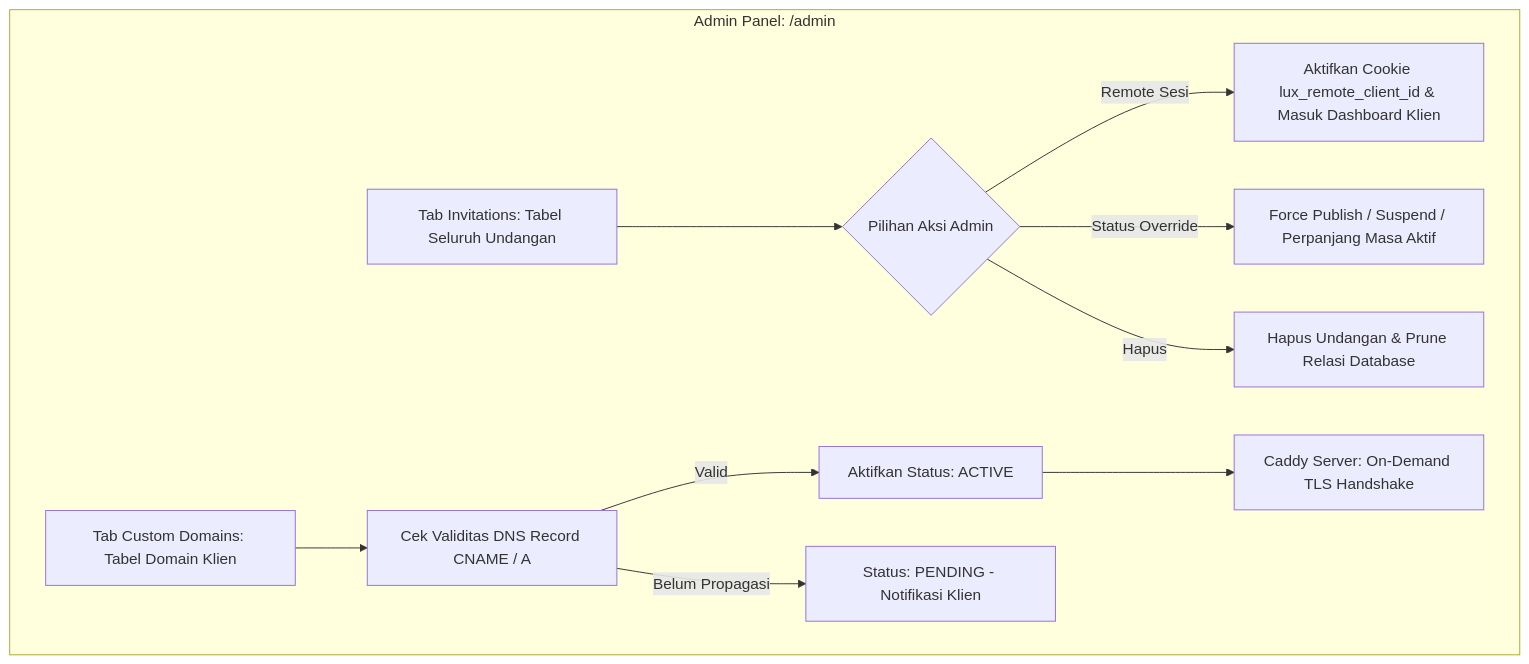
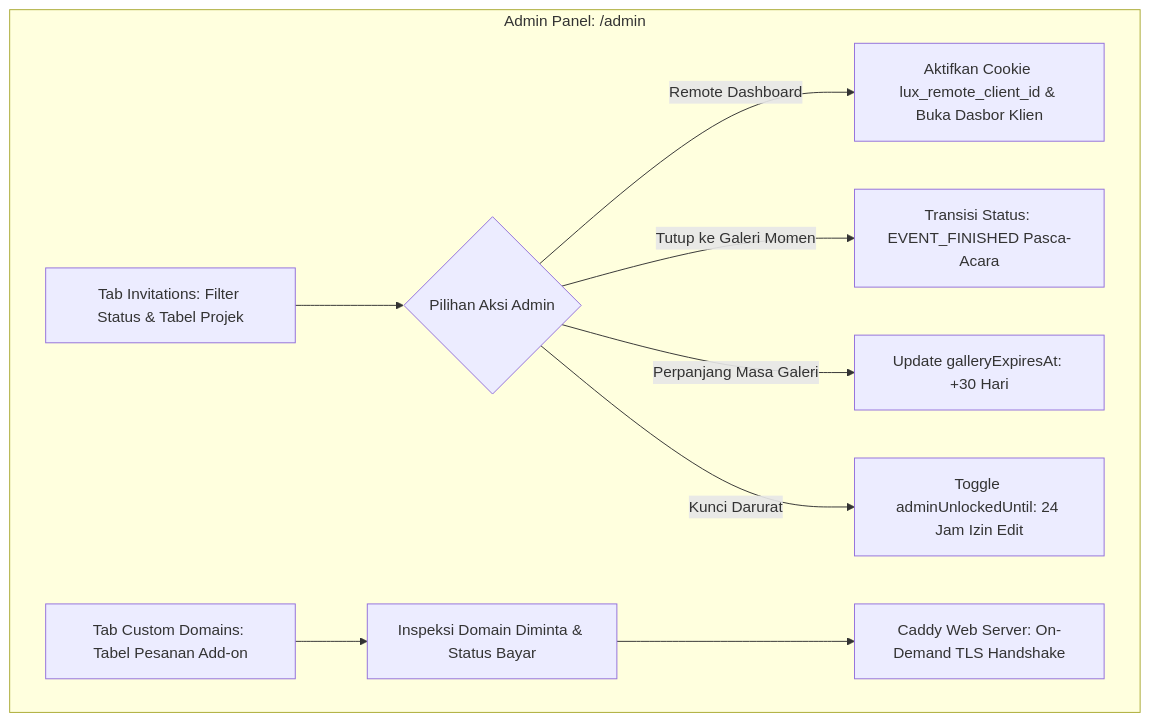
Before and after one commit to armansyam/luxenary-invite: the diagram in docs/admin/MANAJEMEN_UNDANGAN_DAN_DOMAIN.md, drawn with Mermaid. The commit also changed other lines of this file and 25 other files, not shown here.

Commit message:
feat(admin): modularize admin dashboard tabs, add server pagination, live diagnostics, and sync docs

````diff
--- a/docs/admin/MANAJEMEN_UNDANGAN_DAN_DOMAIN.md
+++ b/docs/admin/MANAJEMEN_UNDANGAN_DAN_DOMAIN.md
@@ -10,15 +10,13 @@
 ```mermaid
 flowchart TD
     subgraph AdminConsole [Admin Panel: /admin]
-        A[Tab Invitations: Tabel Seluruh Undangan] --> B{Pilihan Aksi Admin}
-        B -->|Remote Sesi| C[Aktifkan Cookie lux_remote_client_id & Masuk Dashboard Klien]
-        B -->|Status Override| D[Force Publish / Suspend / Perpanjang Masa Aktif]
-        B -->|Hapus| E[Hapus Undangan & Prune Relasi Database]
+        A[Tab Invitations: Filter Status & Tabel Projek] --> B{Pilihan Aksi Admin}
+        B -->|Remote Dashboard| C[Aktifkan Cookie lux_remote_client_id & Buka Dasbor Klien]
+        B -->|Tutup ke Galeri Momen| D[Transisi Status: EVENT_FINISHED Pasca-Acara]
+        B -->|Perpanjang Masa Galeri| E[Update galleryExpiresAt: +30 Hari]
+        B -->|Kunci Darurat| F[Toggle adminUnlockedUntil: 24 Jam Izin Edit]
         
-        F[Tab Custom Domains: Tabel Domain Klien] --> G[Cek Validitas DNS Record CNAME / A]
-        G -->|Valid| H[Aktifkan Status: ACTIVE]
-        G -->|Belum Propagasi| I[Status: PENDING - Notifikasi Klien]
-        
-        H --> J[Caddy Server: On-Demand TLS Handshake]
+        G[Tab Custom Domains: Tabel Pesanan Add-on] --> H[Inspeksi Domain Diminta & Status Bayar]
+        H --> I[Caddy Web Server: On-Demand TLS Handshake]
     end
 ```
````
